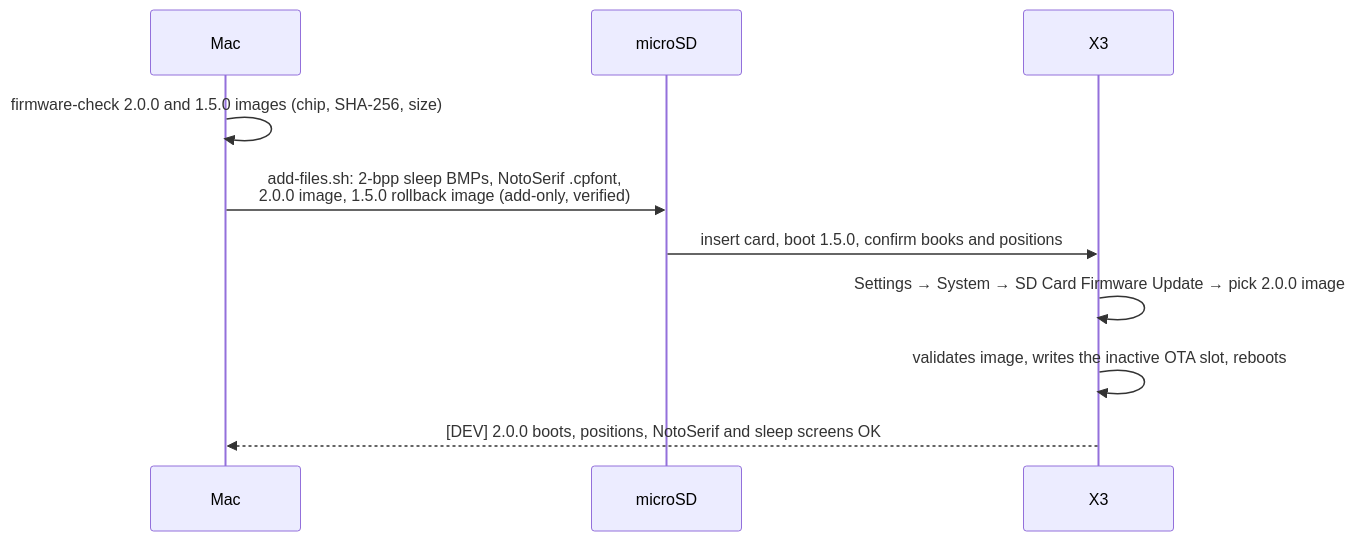
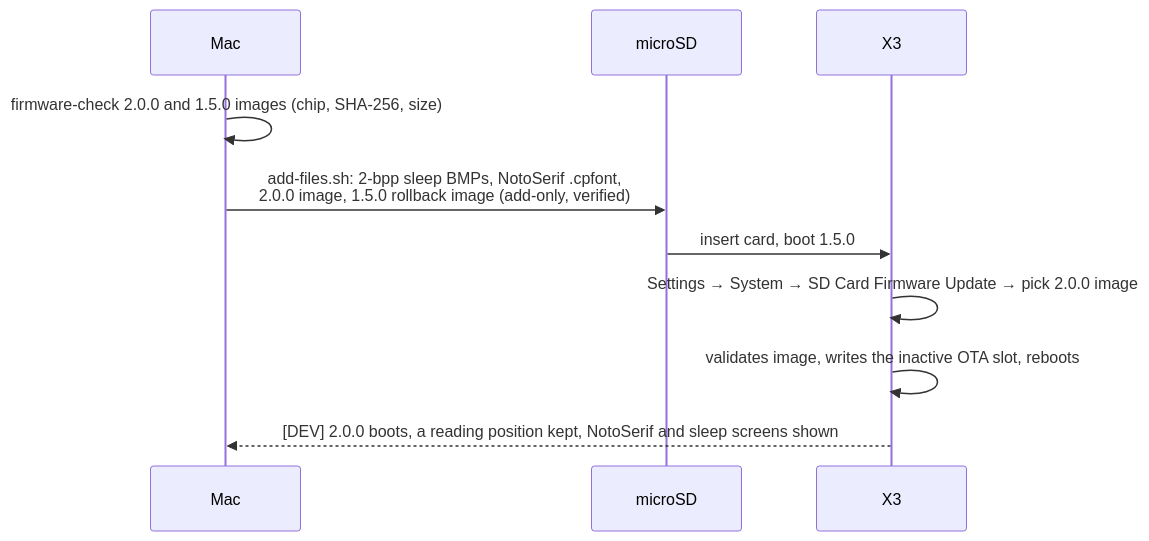
Before and after one commit to nicoladelbene/xteink-x3-recovery-toolkit: the diagram in docs/firmware-1.5-to-2.0.md, drawn with Mermaid. The commit also changed other lines of this file and 20 other files, not shown here.

````diff
--- a/docs/firmware-1.5-to-2.0.md
+++ b/docs/firmware-1.5-to-2.0.md
@@ -59,12 +62,12 @@
 ```mermaid
 sequenceDiagram
     participant Mac
     participant Card as microSD
     participant X3
     Mac->>Mac: firmware-check 2.0.0 and 1.5.0 images (chip, SHA-256, size)
     Mac->>Card: add-files.sh: 2-bpp sleep BMPs, NotoSerif .cpfont,<br/>2.0.0 image, 1.5.0 rollback image (add-only, verified)
-    Card->>X3: insert card, boot 1.5.0, confirm books and positions
+    Card->>X3: insert card, boot 1.5.0
     X3->>X3: Settings → System → SD Card Firmware Update → pick 2.0.0 image
     X3->>X3: validates image, writes the inactive OTA slot, reboots
-    X3-->>Mac: [DEV] 2.0.0 boots, positions, NotoSerif and sleep screens OK
+    X3-->>Mac: [DEV] 2.0.0 boots, a reading position kept, NotoSerif and sleep screens shown
 ```
````
